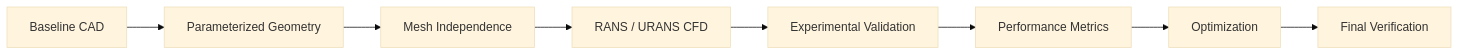
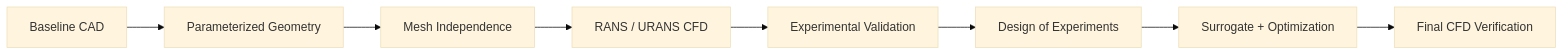
Before and after one commit to islam-md-didarul/mechanical-cfd-ai-research-hub: the diagram in project-guides/turbomachinery.md, drawn with Mermaid (base theme). The commit also changed other lines of this file and 20 other files, not shown here.

````diff
--- a/project-guides/turbomachinery.md
+++ b/project-guides/turbomachinery.md
@@ -7,10 +7,10 @@
 ```mermaid
 flowchart LR
     A["Baseline CAD"] --> B["Parameterized Geometry"]
     B --> C["Mesh Independence"]
     C --> D["RANS / URANS CFD"]
     D --> E["Experimental Validation"]
-    E --> F["Performance Metrics"]
-    F --> G["Optimization"]
-    G --> H["Final Verification"]
+    E --> F["Design of Experiments"]
+    F --> G["Surrogate + Optimization"]
+    G --> H["Final CFD Verification"]
 ```
````
